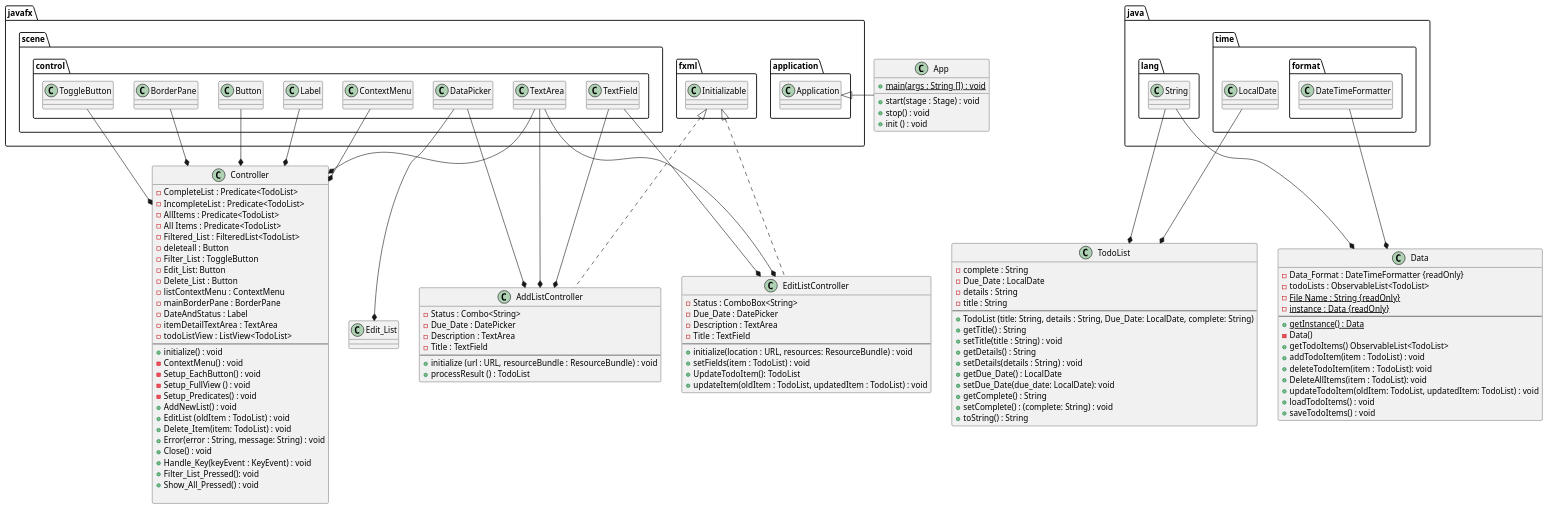
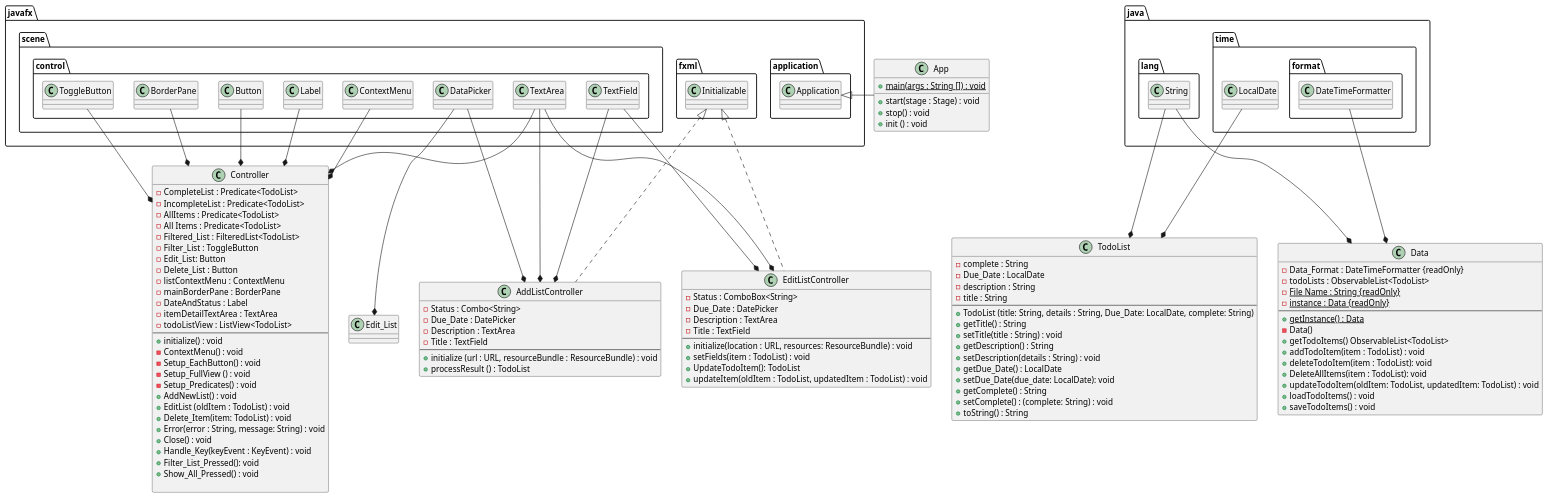
One commit to JazzFaye/olario-cop3330-assignment4part2 changed the diagram in UML/Assignment4Part2.puml. Above: the diagram before and after it, drawn with PlantUML. The commit also changed 4 other files, not shown here.

```diff
--- a/UML/Assignment4Part2.puml
+++ b/UML/Assignment4Part2.puml
@@ -1,119 +1,118 @@
 @startuml
 Class App{
 + {static} main(args : String []) : void
 __
 + start(stage : Stage) : void
 + stop() : void
 + init () : void
 }
 
 Class TodoList{
 - complete : String
 - Due_Date : LocalDate
-- details : String
+- description : String
 - title : String
 ----
 + TodoList (title: String, details : String, Due_Date: LocalDate, complete: String)
 + getTitle() : String
 + setTitle(title : String) : void
-+ getDetails() : String
-+ setDetails(details : String) : void
++ getDescription() : String
++ setDescription(details : String) : void
 + getDue_Date() : LocalDate
 + setDue_Date(due_date: LocalDate): void
 + getComplete() : String
 + setComplete() : (complete: String) : void
 + toString() : String
 }
 
 Class Data{
 - Data_Format : DateTimeFormatter {readOnly}
 - todoLists : ObservableList<TodoList>
 - {static} File Name : String {readOnly}
 - {static} instance : Data {readOnly}
 --
 + {static} getInstance() : Data
 - Data()
 + getTodoItems() ObservableList<TodoList>
 + addTodoItem(item : TodoList) : void
 + deleteTodoItem(item : TodoList): void
 + DeleteAllItems(item : TodoList): void
 + updateTodoItem(oldItem: TodoList, updatedItem: TodoList) : void
 + loadTodoItems() : void
 + saveTodoItems() : void
 }
 
 Class Controller{
 - CompleteList : Predicate<TodoList>
 - IncompleteList : Predicate<TodoList>
 - AllItems : Predicate<TodoList>
 - All Items : Predicate<TodoList>
 - Filtered_List : FilteredList<TodoList>
-- deleteall : Button
 - Filter_List : ToggleButton
 - Edit_List: Button
 - Delete_List : Button
 - listContextMenu : ContextMenu
 - mainBorderPane : BorderPane
 - DateAndStatus : Label
 - itemDetailTextArea : TextArea
 - todoListView : ListView<TodoList>
 --
 + initialize() : void
 - ContextMenu() : void
 - Setup_EachButton() : void
 - Setup_FullView () : void
 - Setup_Predicates() : void
 + AddNewList() : void
 + EditList (oldItem : TodoList) : void
 + Delete_Item(item: TodoList) : void
 + Error(error : String, message: String) : void
 + Close() : void
 + Handle_Key(keyEvent : KeyEvent) : void
 + Filter_List_Pressed(): void
 + Show_All_Pressed() : void
 
 }
 
 Class AddListController{
 - Status : Combo<String>
 - Due_Date : DatePicker
 - Description : TextArea
 - Title : TextField
 --
 + initialize (url : URL, resourceBundle : ResourceBundle) : void
 + processResult () : TodoList
 }
 
 Class EditListController{
 - Status : ComboBox<String>
 - Due_Date : DatePicker
 - Description : TextArea
 - Title : TextField
 --
 + initialize(location : URL, resources: ResourceBundle) : void
 + setFields(item : TodoList) : void
 + UpdateTodoItem(): TodoList
 + updateItem(oldItem : TodoList, updatedItem : TodoList) : void
 }
 
 javafx.application.Application <|- App
 java.time.format.DateTimeFormatter --* Data
 javafx.scene.control.ToggleButton --* Controller
 javafx.scene.control.ContextMenu --* Controller
 javafx.scene.control.DataPicker --* AddListController
 javafx.scene.control.DataPicker --* Edit_List
 javafx.scene.control.TextField --* AddListController
 javafx.scene.control.TextField --* EditListController
 javafx.scene.control.BorderPane --* Controller
 javafx.scene.control.TextArea --* Controller
 javafx.scene.control.TextArea --* AddListController
 javafx.scene.control.TextArea --* EditListController
 javafx.scene.control.Button --* Controller
 javafx.scene.control.Label --* Controller
 javafx.fxml.Initializable <|.. AddListController
 javafx.fxml.Initializable <|.. EditListController
 java.time.LocalDate --* TodoList
 java.lang.String --* TodoList
 java.lang.String --*Data
 
 @enduml
```
